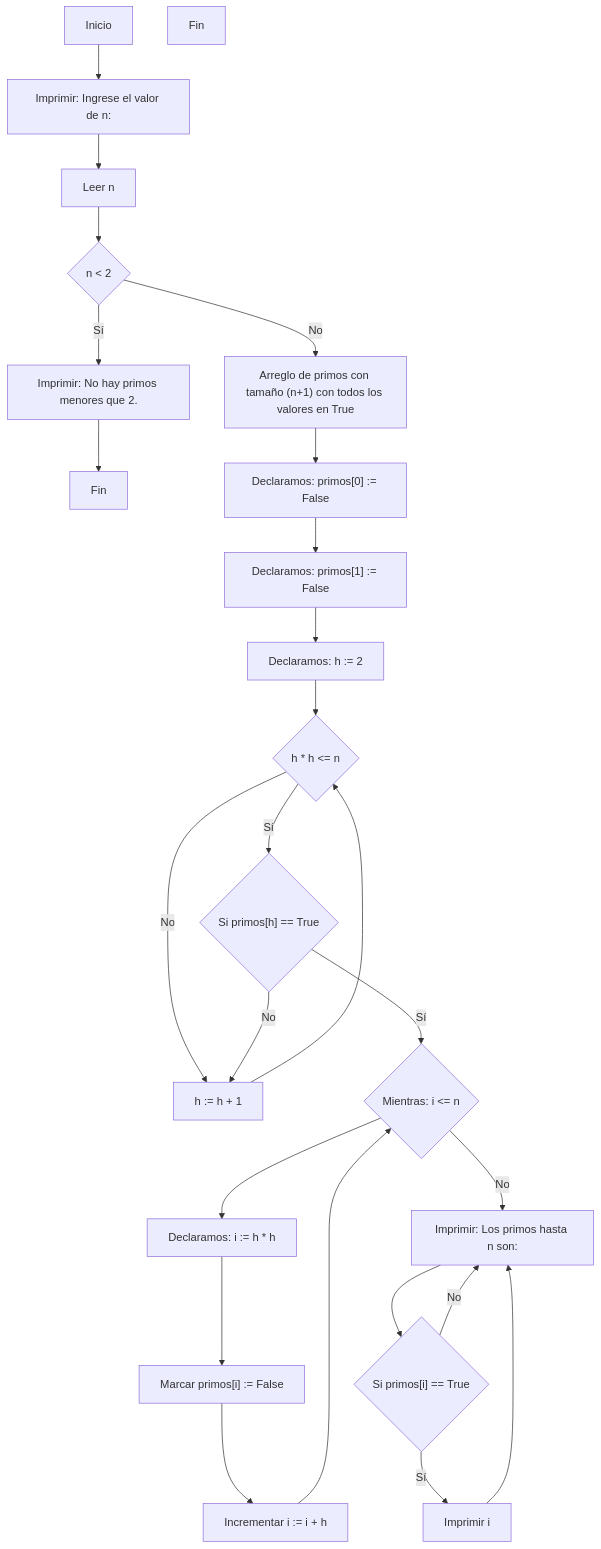
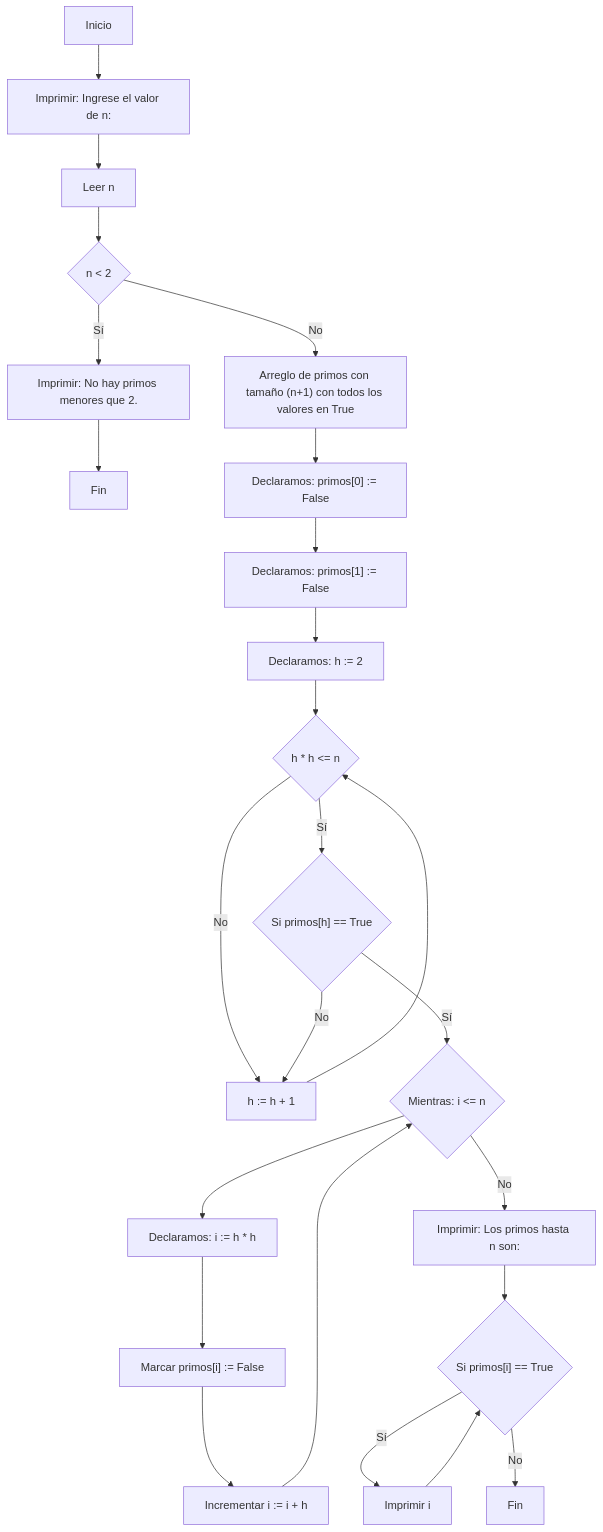
Before and after one commit to DavisN3/Reto_03_los_primos_de_n: the diagram in README.md, drawn with Mermaid.

````diff
--- a/README.md
+++ b/README.md
@@ -83,41 +83,40 @@
 ```mermaid
-flowchart TD
-%% Nodes
+graph TD
     A["Inicio"]
     B["Imprimir: Ingrese el valor de n:"]
     C["Leer n"]
     D{"n < 2"}
     E["Imprimir: No hay primos menores que 2."]
     F["Fin"]
     G["Arreglo de primos con tamaño (n+1) con todos los valores en True"]
     H["Declaramos: primos[0] := False"]
     I["Declaramos: primos[1] := False"]
     J["Declaramos: h := 2"]
     K{"h * h <= n"}
     L["h := h + 1"]
     M{"Mientras: i <= n"}
     N{"Si primos[h] == True"}
     O["Declaramos: i := h * h"]
     P["Marcar primos[i] := False"]
     Q["Incrementar i := i + h"]
     R["Imprimir: Los primos hasta n son:"]
     S{"Si primos[i] == True"}
     T["Imprimir i"]
     U["Fin"]
 
-%% Edge connections between nodes
     A --> B --> C --> D
     D -- Sí --> E --> F
     D -- No --> G
     G --> H --> I --> J --> K
     K -- Sí --> N
     K -- No --> L
+    L --> K
     N -- Sí --> M
     N -- No --> L
     M --> O --> P --> Q --> M
     M -- No --> R --> S
     S -- Sí --> T
-    S -- No --> R
-    T --> R
-    L --> K
+    S -- No --> U
+    T --> S
+
 ```
````
